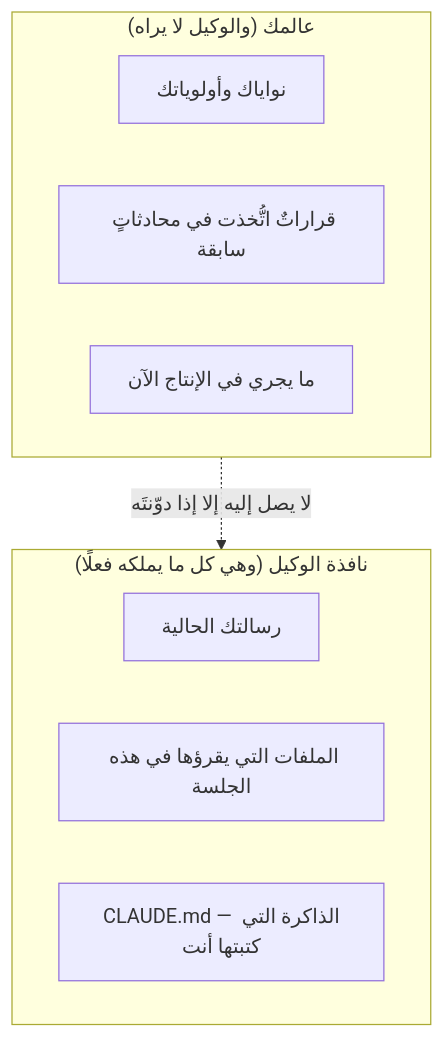
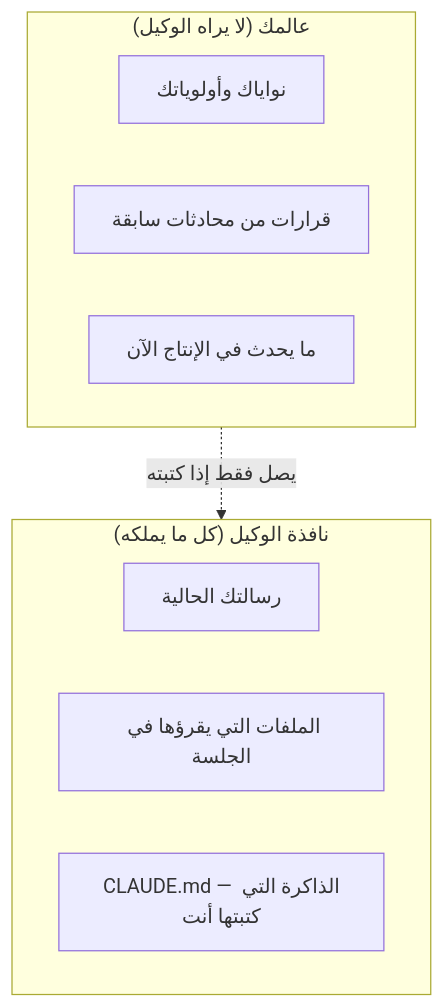
One commit to Tamoura/system-design-for-vibe-coders changed the sixth of 7 diagrams in modules/00-foundations/foundations.ar.md. Above: the diagram before and after it, drawn with Mermaid. The commit also changed other lines of this file and 5 other files, not shown here.

````diff
--- a/modules/00-foundations/foundations.ar.md
+++ b/modules/00-foundations/foundations.ar.md
@@ -240,14 +247,14 @@
 ```mermaid
 flowchart TD
-    subgraph world["عالمك (والوكيل لا يراه)"]
+    subgraph world["عالمك (لا يراه الوكيل)"]
         BIZ["نواياك وأولوياتك"]
-        HIST["قراراتٌ اتُّخذت في محادثاتٍ سابقة"]
-        PROD["ما يجري في الإنتاج الآن"]
+        HIST["قرارات من محادثات سابقة"]
+        PROD["ما يحدث في الإنتاج الآن"]
     end
-    subgraph window["نافذة الوكيل (وهي كل ما يملكه فعلًا)"]
+    subgraph window["نافذة الوكيل (كل ما يملكه)"]
         PROMPT["رسالتك الحالية"]
-        FILES["الملفات التي يقرؤها في هذه الجلسة"]
+        FILES["الملفات التي يقرؤها في الجلسة"]
         MEM["CLAUDE.md — الذاكرة التي كتبتها أنت"]
     end
-    world -.->|"لا يصل إليه إلا إذا دوّنتَه"| window
+    world -.->|"يصل فقط إذا كتبته"| window
 ```
````
